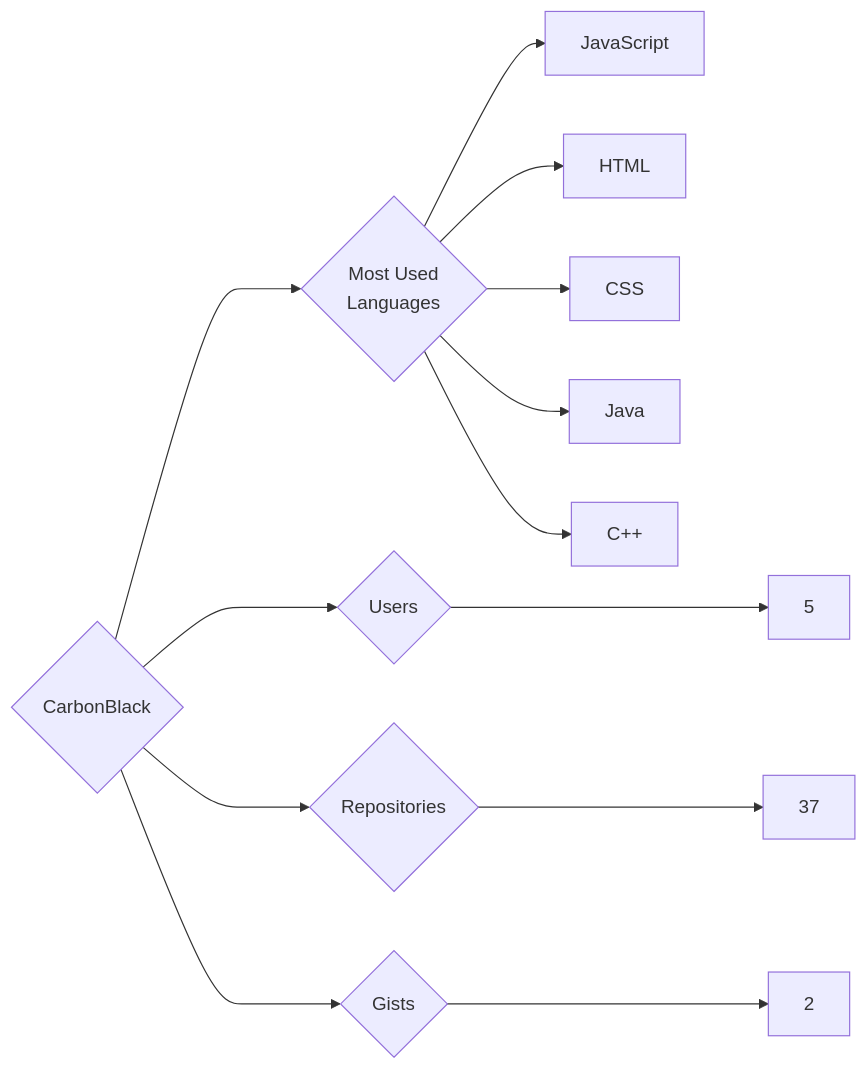
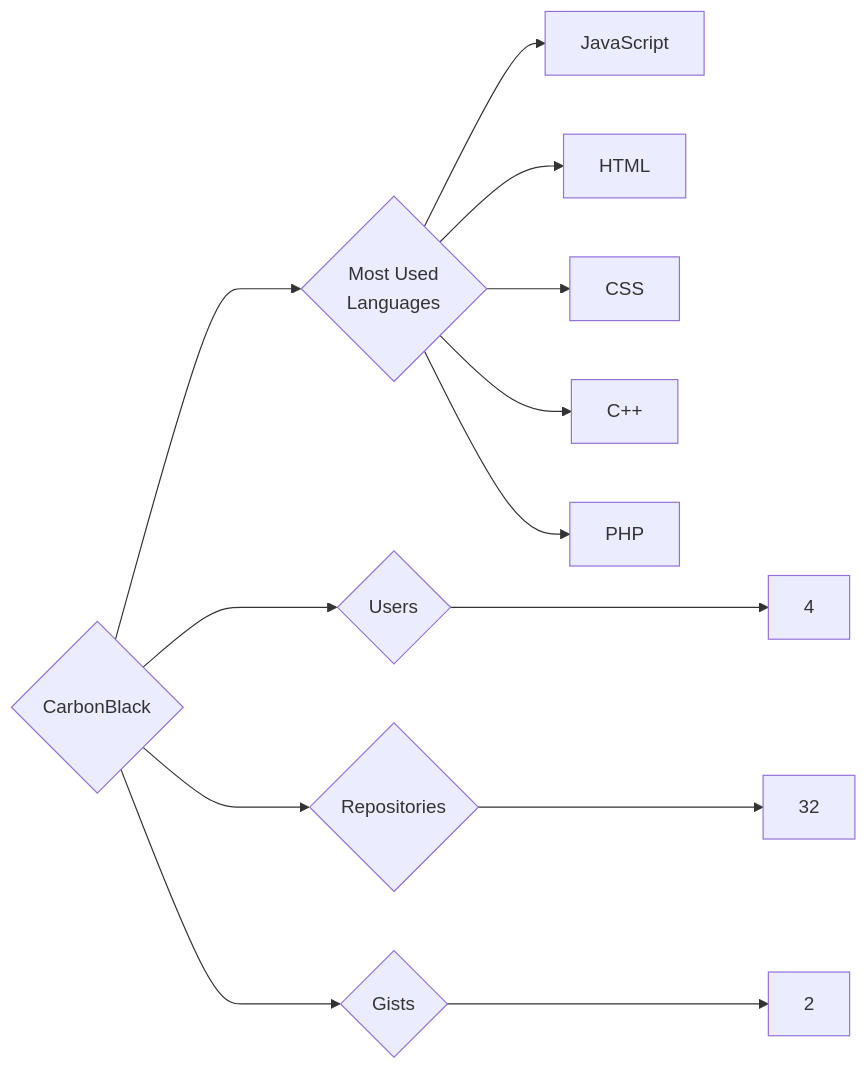
Before and after one commit to trickest/insiders: the diagram in targets/CarbonBlack/README.md, drawn with Mermaid. The commit also changed 934 other files, not shown here.

````diff
--- a/targets/CarbonBlack/README.md
+++ b/targets/CarbonBlack/README.md
@@ -3,13 +3,13 @@
 ```mermaid
 graph LR
 COMPANY_NAME{CarbonBlack}
-COMPANY_NAME ---> U{Users} ---> UN[5]
-COMPANY_NAME ---> R{Repositories} ---> RN[37]
+COMPANY_NAME ---> U{Users} ---> UN[4]
+COMPANY_NAME ---> R{Repositories} ---> RN[32]
 COMPANY_NAME ---> G{Gists} ---> GN[2]
 COMPANY_NAME ---> ML{Most Used<br>Languages}
 ML --> JavaScript[JavaScript]
 ML --> HTML[HTML]
 ML --> CSS[CSS]
-ML --> Java[Java]
 ML --> C++[C++]
+ML --> PHP[PHP]
 ```
````
